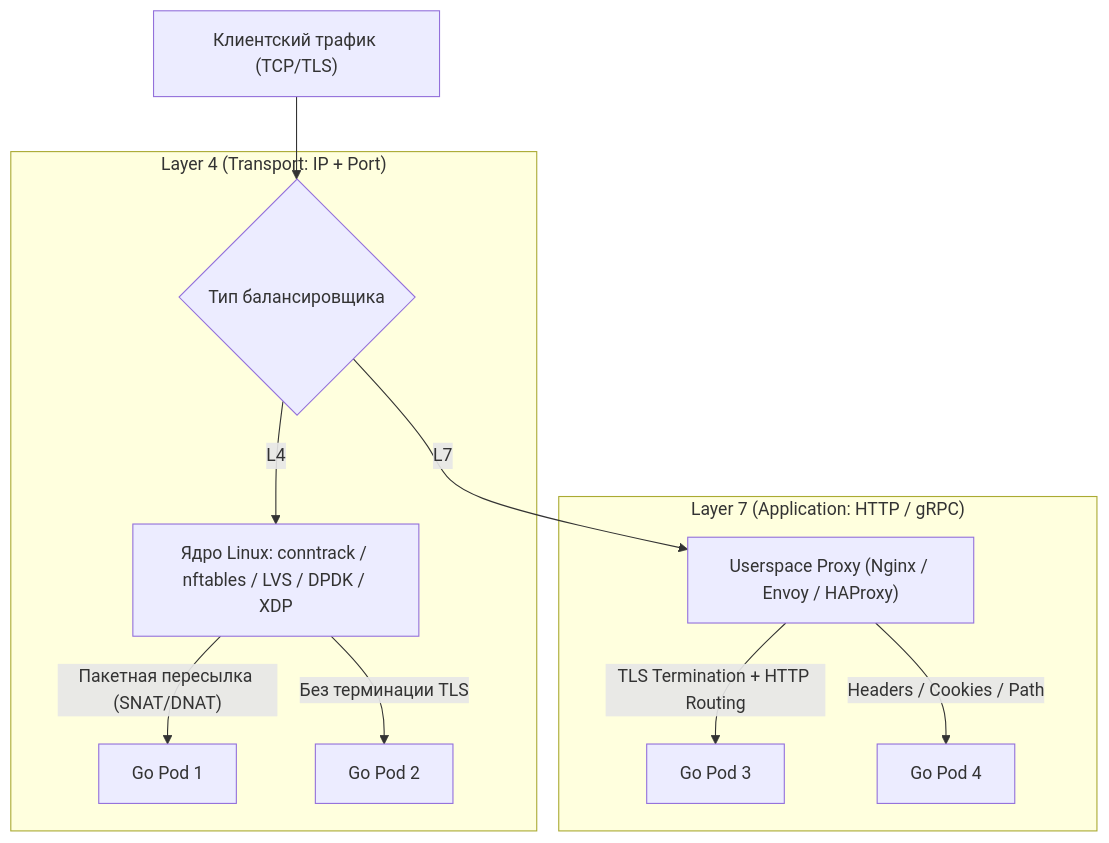
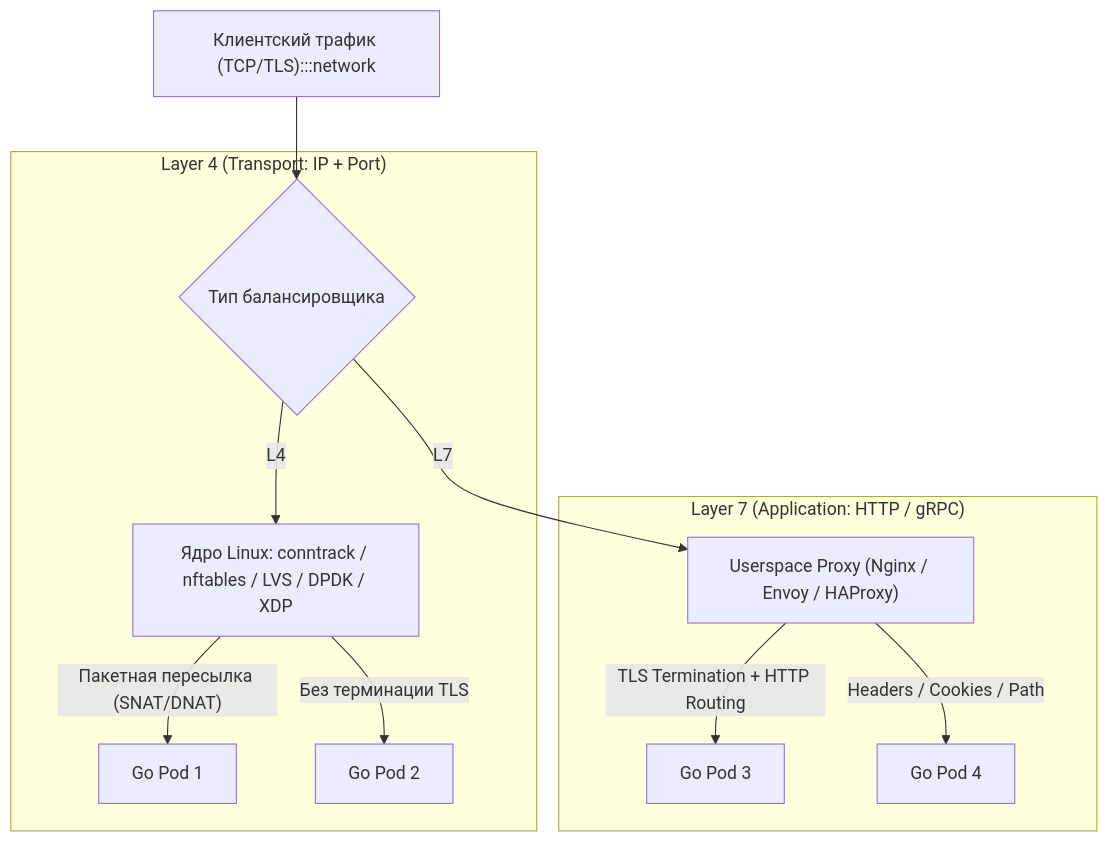
The first of 4 diagrams in sources/3. Компьютерные сети и сетевой стек/29. Балансировка нагрузки. L4, L7, Round Robin, Least Connections.md (UnrealTemplier/go-textbook), drawn with Mermaid before and after one commit. The commit also changed other lines of this file and 1666 other files, not shown here.

First line of the commit message:
feat(mermaid): add semantic color classDef to 1369 colorless flowchart/graph diagrams

````diff
--- a/sources/3. Компьютерные сети и сетевой стек/29. Балансировка нагрузки. L4, L7, Round Robin, Least Connections.md
+++ b/sources/3. Компьютерные сети и сетевой стек/29. Балансировка нагрузки. L4, L7, Round Robin, Least Connections.md
@@ -20,16 +20,26 @@
 ```mermaid
 flowchart TD
-    Client["Клиентский трафик (TCP/TLS)"] --> LB{"Тип балансировщика"}
+    classDef process  fill:#1e293b,stroke:#38bdf8,stroke-width:1px,color:#f8fafc
+    classDef success  fill:#064e3b,stroke:#34d399,stroke-width:1px,color:#f8fafc
+    classDef error    fill:#7f1d1d,stroke:#f87171,stroke-width:1px,color:#f8fafc
+    classDef warning  fill:#78350f,stroke:#fbbf24,stroke-width:1px,color:#f8fafc
+    classDef entry    fill:#1e3a5f,stroke:#38bdf8,stroke-width:2px,color:#f8fafc
+    classDef aux      fill:#334155,stroke:#64748b,stroke-width:1px,color:#f8fafc
+    classDef system   fill:#312e81,stroke:#a78bfa,stroke-width:1px,color:#f8fafc
+    classDef data     fill:#132d29,stroke:#2dd4bf,stroke-width:1px,color:#f8fafc
+    classDef network  fill:#881337,stroke:#fb7185,stroke-width:1px,color:#f8fafc
+    classDef accent   fill:#1e1b4b,stroke:#818cf8,stroke-width:1px,color:#f8fafc
+    Client["Клиентский трафик (TCP/TLS):::network"] --> LB{"Тип балансировщика"}
     
     subgraph L4Path ["Layer 4 (Transport: IP + Port)"]
         LB -- "L4" --> L4Engine["Ядро Linux: conntrack / nftables / LVS / DPDK / XDP"]
         L4Engine -->|"Пакетная пересылка (SNAT/DNAT)"| B1["Go Pod 1"]
         L4Engine -->|"Без терминации TLS"| B2["Go Pod 2"]
     end
     
     subgraph L7Path ["Layer 7 (Application: HTTP / gRPC)"]
         LB -- "L7" --> L7Engine["Userspace Proxy (Nginx / Envoy / HAProxy)"]
         L7Engine -->|"TLS Termination + HTTP Routing"| B3["Go Pod 3"]
         L7Engine -->|"Headers / Cookies / Path"| B4["Go Pod 4"]
     end
 ```
````
